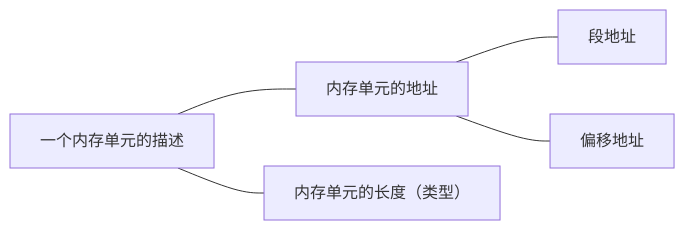
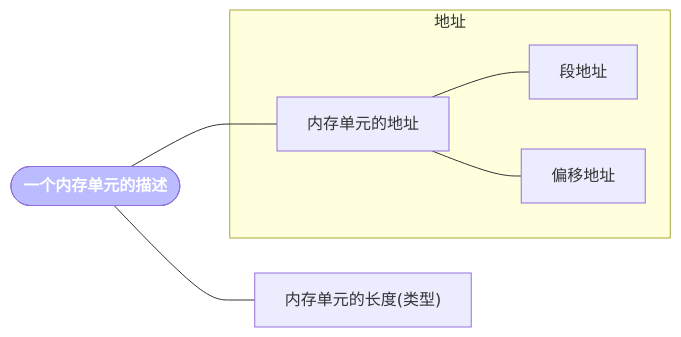
Before and after one commit to jackhawks/my-note: the diagram in 汇编/24.[]和().md, drawn with Mermaid. The commit also changed other lines of this file, not shown here.

Commit message:
fix(汇编/[]和()): mermaid 图表显示错误 1

````diff
--- a/汇编/24.[]和().md
+++ b/汇编/24.[]和().md
@@ -22,7 +22,9 @@
 ```mermaid
-graph LR;
-    A[一个内存单元的描述] --- B[内存单元的地址];
-    A --- C[内存单元的长度（类型）];
-    B --- D[段地址];
-    B --- E[偏移地址];
+graph LR
+    A([一个内存单元的描述]):::rootStyle --- B[内存单元的地址] & C["内存单元的长度(类型)"]
+    subgraph 地址
+        B --- D[段地址]
+        B --- E[偏移地址]
+    end
+    classDef rootStyle fill:#bbf,color:#fff,font-weight: 600
 ```
````
